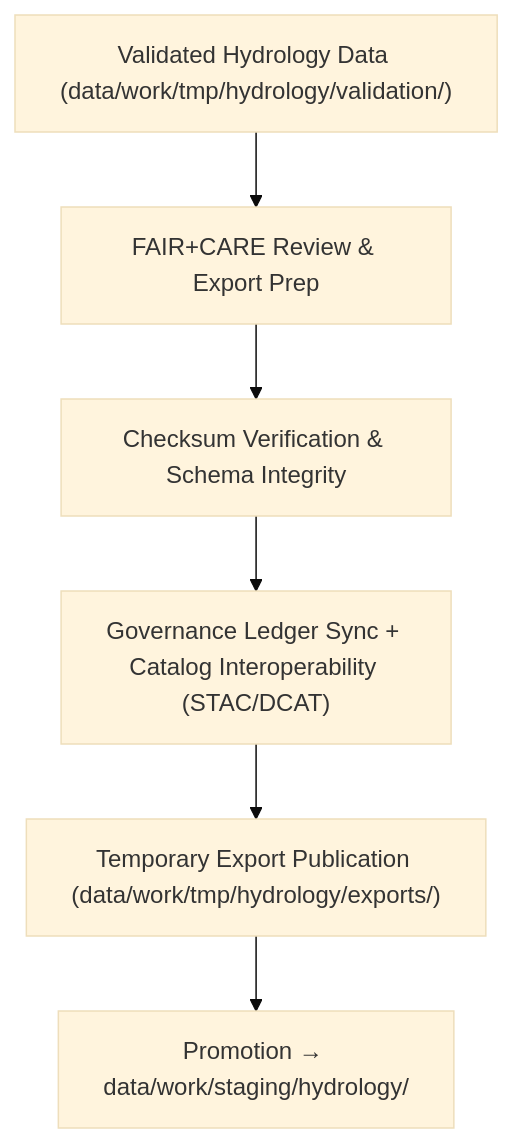
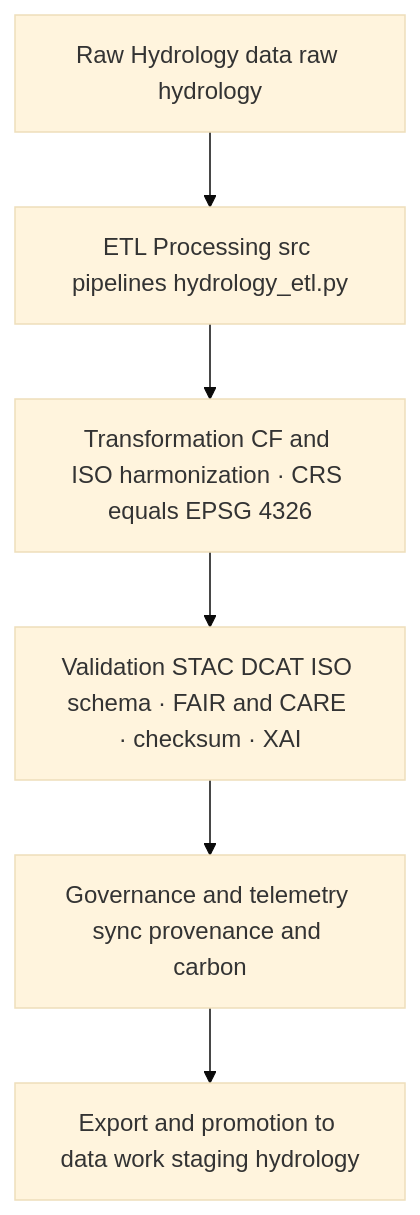
Before and after one commit to bartytime4life/Kansas-Frontier-Matrix: the diagram in data/work/tmp/hydrology/exports/README.md, drawn with Mermaid (base theme). The commit also changed other lines of this file, not shown here.

````diff
--- a/data/work/tmp/hydrology/exports/README.md
+++ b/data/work/tmp/hydrology/exports/README.md
@@ -66,8 +95,8 @@
 ```mermaid
 flowchart TD
-    A["Validated Hydrology Data (data/work/tmp/hydrology/validation/)"] --> B["FAIR+CARE Review & Export Prep"]
-    B --> C["Checksum Verification & Schema Integrity"]
-    C --> D["Governance Ledger Sync + Catalog Interoperability (STAC/DCAT)"]
-    D --> E["Temporary Export Publication (data/work/tmp/hydrology/exports/)"]
-    E --> F["Promotion → data/work/staging/hydrology/"]
+    A["Raw Hydrology data raw hydrology"] --> B["ETL Processing src pipelines hydrology_etl.py"]
+    B --> C["Transformation CF and ISO harmonization · CRS equals EPSG 4326"]
+    C --> D["Validation STAC DCAT ISO schema · FAIR and CARE · checksum · XAI"]
+    D --> E["Governance and telemetry sync provenance and carbon"]
+    E --> F["Export and promotion to data work staging hydrology"]
 ```
````
